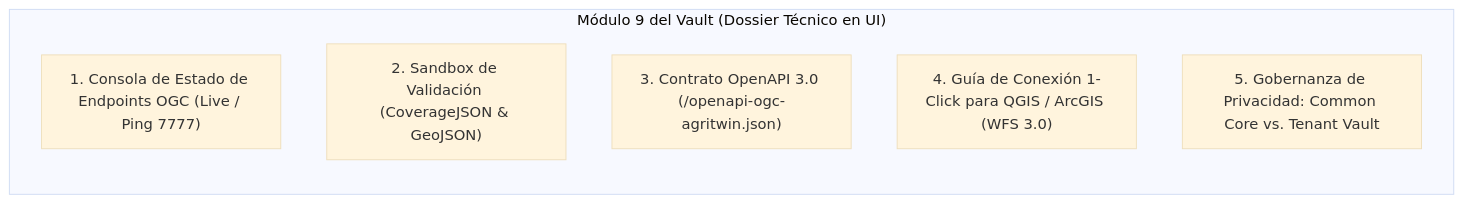
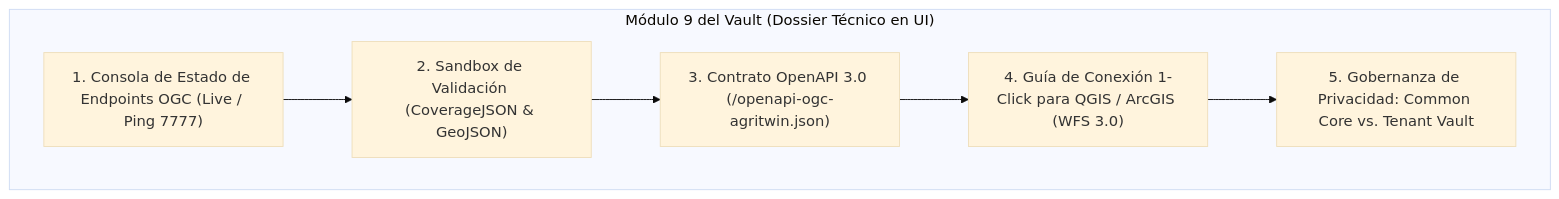
Before and after one commit to danisantanderurrutia-coder/agrotech: diagram 14 of 15 in webAgrotech/public/docs/TRATADO_MIGRACION_ARQUITECTURA_AGRITWIN_V3.md, drawn with Mermaid (base theme). The commit also changed other lines of this file and 4 other files, not shown here.

First line of the commit message:
docs(vault): actualizar Tratado v3.2.0 (20 caps, 67 pags, esquemas verticales y diagramas C-N/Kalman/Multitemporal)

````diff
--- a/webAgrotech/public/docs/TRATADO_MIGRACION_ARQUITECTURA_AGRITWIN_V3.md
+++ b/webAgrotech/public/docs/TRATADO_MIGRACION_ARQUITECTURA_AGRITWIN_V3.md
@@ -1920,10 +2227,11 @@
 ```mermaid
-flowchart LR
+flowchart TD
     subgraph VAULT_MOD9 ["Módulo 9 del Vault (Dossier Técnico en UI)"]
         V1["1. Consola de Estado de Endpoints OGC (Live / Ping 7777)"]
         V2["2. Sandbox de Validación (CoverageJSON & GeoJSON)"]
         V3["3. Contrato OpenAPI 3.0 (/openapi-ogc-agritwin.json)"]
         V4["4. Guía de Conexión 1-Click para QGIS / ArcGIS (WFS 3.0)"]
         V5["5. Gobernanza de Privacidad: Common Core vs. Tenant Vault"]
     end
+    V1 --> V2 --> V3 --> V4 --> V5
 ```
````
